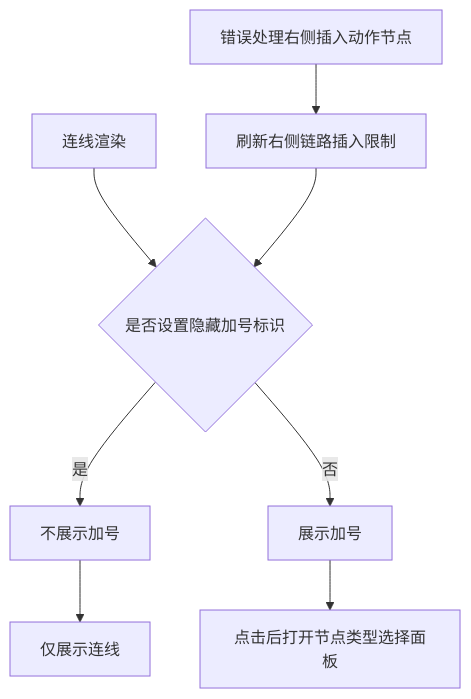
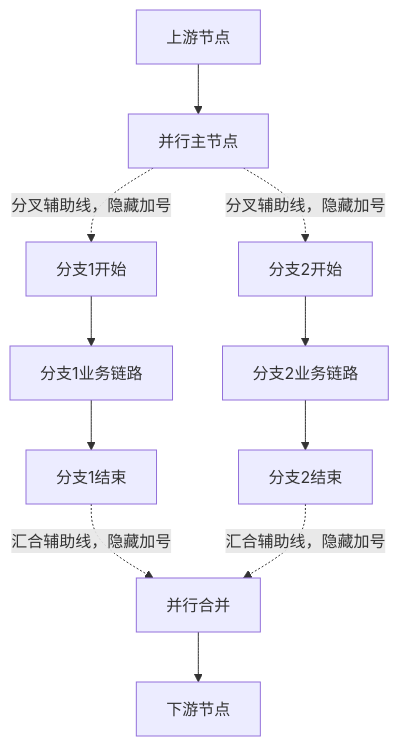
One commit to THZSummer/open-app changed diagram 13 of 28 in front/doc/2026年6月文档/连接流配置需求设计说明书.md. Above: the diagram before and after it, drawn with Mermaid. The commit also changed other lines of this file, not shown here.

````diff
--- a/front/doc/2026年6月文档/连接流配置需求设计说明书.md
+++ b/front/doc/2026年6月文档/连接流配置需求设计说明书.md
@@ -452,10 +813,13 @@
 ```mermaid
 flowchart TD
-  Edge[连线渲染] --> CheckHide{是否设置隐藏加号标识}
-  CheckHide -->|是| Hide[不展示加号]
-  CheckHide -->|否| Show[展示加号]
-  Show --> Click[点击后打开节点类型选择面板]
-  Hide --> ReadOnly[仅展示连线]
-  InsertAction[错误处理右侧插入动作节点] --> RefreshLimit[刷新右侧链路插入限制]
-  RefreshLimit --> CheckHide
+  Upstream[上游节点] --> ParallelMain[并行主节点]
+  ParallelMain -.分叉辅助线，隐藏加号.-> Branch1Start[分支1开始]
+  ParallelMain -.分叉辅助线，隐藏加号.-> Branch2Start[分支2开始]
+  Branch1Start --> Branch1Action[分支1业务链路]
+  Branch1Action --> Branch1End[分支1结束]
+  Branch2Start --> Branch2Action[分支2业务链路]
+  Branch2Action --> Branch2End[分支2结束]
+  Branch1End -.汇合辅助线，隐藏加号.-> Merge[并行合并]
+  Branch2End -.汇合辅助线，隐藏加号.-> Merge
+  Merge --> Downstream[下游节点]
 ```
````
